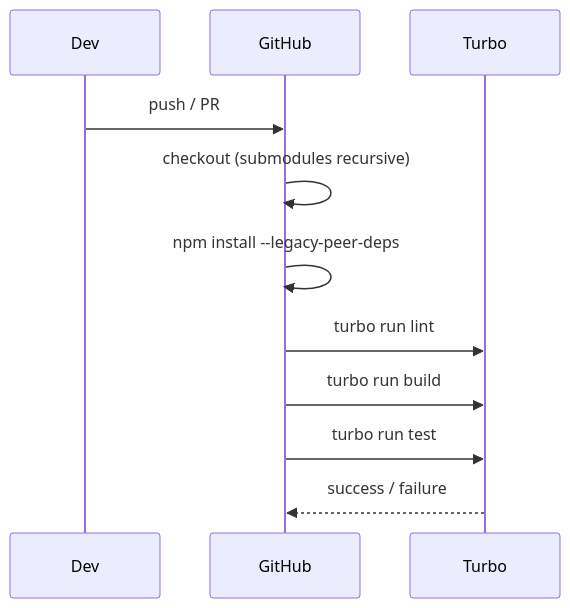
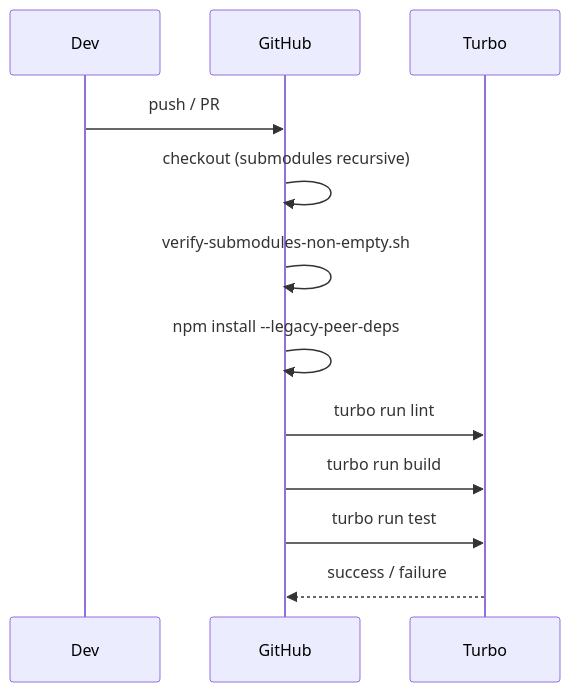
The fourth of 4 diagrams in .github/README.md (gaqno-development/gaqno-development-workspace), drawn with Mermaid before and after one commit. The commit also changed other lines of this file and 2 other files, not shown here.

````diff
--- a/.github/README.md
+++ b/.github/README.md
@@ -329,14 +330,15 @@
 ```mermaid
 sequenceDiagram
   participant Dev
   participant GitHub
   participant Turbo
 
   Dev->>GitHub: push / PR
   GitHub->>GitHub: checkout (submodules recursive)
+  GitHub->>GitHub: verify-submodules-non-empty.sh
   GitHub->>GitHub: npm install --legacy-peer-deps
   GitHub->>Turbo: turbo run lint
   GitHub->>Turbo: turbo run build
   GitHub->>Turbo: turbo run test
   Turbo-->>GitHub: success / failure
 ```
````
